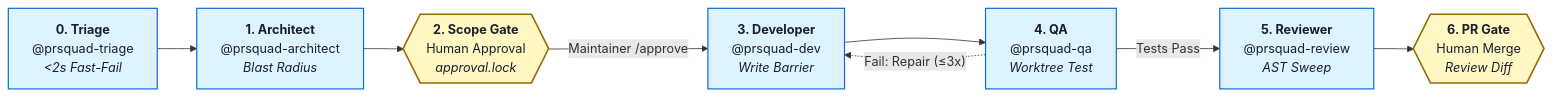
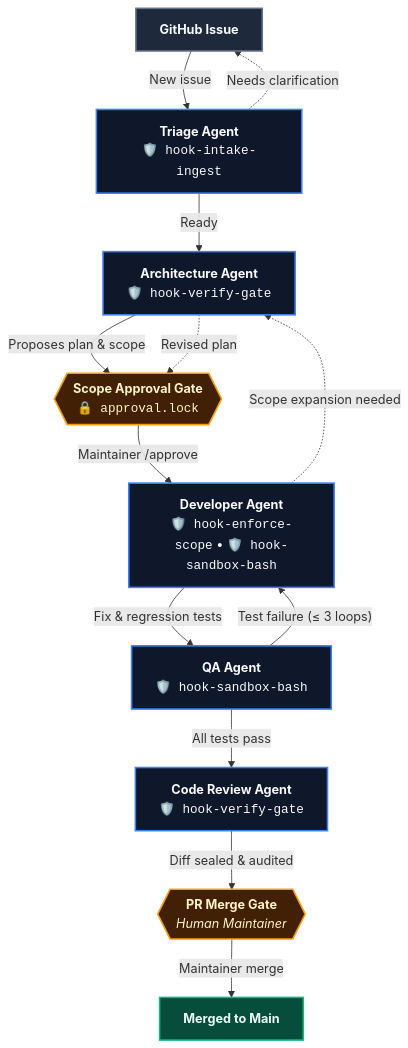
The diagram in README.md (vamsicherukuri/PRsquad), drawn with Mermaid before and after one commit. The commit also changed other lines of this file, not shown here.

Commit message:
docs(readme): replace architecture image with native lean Mermaid flowchart

````diff
--- a/README.md
+++ b/README.md
@@ -94,21 +87,40 @@
 ```mermaid
-flowchart LR
-    classDef gate fill:#FFF8C5,stroke:#9A6700,stroke-width:2px,color:#1A1F2C
-    classDef agent fill:#DDF4FF,stroke:#0969DA,stroke-width:1.5px,color:#1A1F2C
+flowchart TD
+    %% Styling Classes
+    classDef trigger fill:#1e293b,stroke:#64748b,stroke-width:2px,color:#f8fafc;
+    classDef agent fill:#0f172a,stroke:#3b82f6,stroke-width:2px,color:#f8fafc;
+    classDef gate fill:#422006,stroke:#f59e0b,stroke-width:2px,color:#fef3c7;
+    classDef done fill:#064e3b,stroke:#10b981,stroke-width:2px,color:#ecfdf5;
 
-    S0["<b>0. Triage</b><br/>@prsquad-triage<br/><i>&lt;2s Fast-Fail</i>"]:::agent
-    S1["<b>1. Architect</b><br/>@prsquad-architect<br/><i>Blast Radius</i>"]:::agent
-    S2{{"<b>2. Scope Gate</b><br/>Human Approval<br/><i>approval.lock</i>"}}:::gate
-    S3["<b>3. Developer</b><br/>@prsquad-dev<br/><i>Write Barrier</i>"]:::agent
-    S4["<b>4. QA</b><br/>@prsquad-qa<br/><i>Worktree Test</i>"]:::agent
-    S5["<b>5. Reviewer</b><br/>@prsquad-review<br/><i>AST Sweep</i>"]:::agent
-    S6{{"<b>6. PR Gate</b><br/>Human Merge<br/><i>Review Diff</i>"}}:::gate
+    ISSUE["<b>GitHub Issue</b>"]:::trigger
+    TRIAGE["<b>Triage Agent</b><br/><code>🛡️ hook-intake-ingest</code>"]:::agent
+    ARCH["<b>Architecture Agent</b><br/><code>🛡️ hook-verify-gate</code>"]:::agent
+    GATE_SCOPE{{"<b>Scope Approval Gate</b><br/><code>🔒 approval.lock</code>"}}:::gate
+    DEV["<b>Developer Agent</b><br/><code>🛡️ hook-enforce-scope</code> &bull; <code>🛡️ hook-sandbox-bash</code>"]:::agent
+    QA["<b>QA Agent</b><br/><code>🛡️ hook-sandbox-bash</code>"]:::agent
+    REVIEW["<b>Code Review Agent</b><br/><code>🛡️ hook-verify-gate</code>"]:::agent
+    GATE_PR{{"<b>PR Merge Gate</b><br/><i>Human Maintainer</i>"}}:::gate
+    DONE["<b>Merged to Main</b>"]:::done
 
-    S0 --> S1
-    S1 --> S2
-    S2 -->|"Maintainer /approve"| S3
-    S3 --> S4
-    S4 -->|"Tests Pass"| S5
-    S4 -.->|"Fail: Repair (≤3x)"| S3
-    S5 --> S6
+    %% Flow Progression
+    ISSUE -->|"New issue"| TRIAGE
+    TRIAGE -->|"Ready"| ARCH
+    TRIAGE -.->|"Needs clarification"| ISSUE
+
+    ARCH -->|"Proposes plan & scope"| GATE_SCOPE
+    GATE_SCOPE -->|"Maintainer /approve"| DEV
+
+    DEV -->|"Fix & regression tests"| QA
+
+    %% QA Repair Loop
+    QA -->|"Test failure (≤ 3 loops)"| DEV
+
+    %% Scope Amendment Loop
+    DEV -.->|"Scope expansion needed"| ARCH
+    ARCH -.->|"Revised plan"| GATE_SCOPE
+
+    %% Review & Merge
+    QA -->|"All tests pass"| REVIEW
+    REVIEW -->|"Diff sealed & audited"| GATE_PR
+    GATE_PR -->|"Maintainer merge"| DONE
 ```
````
